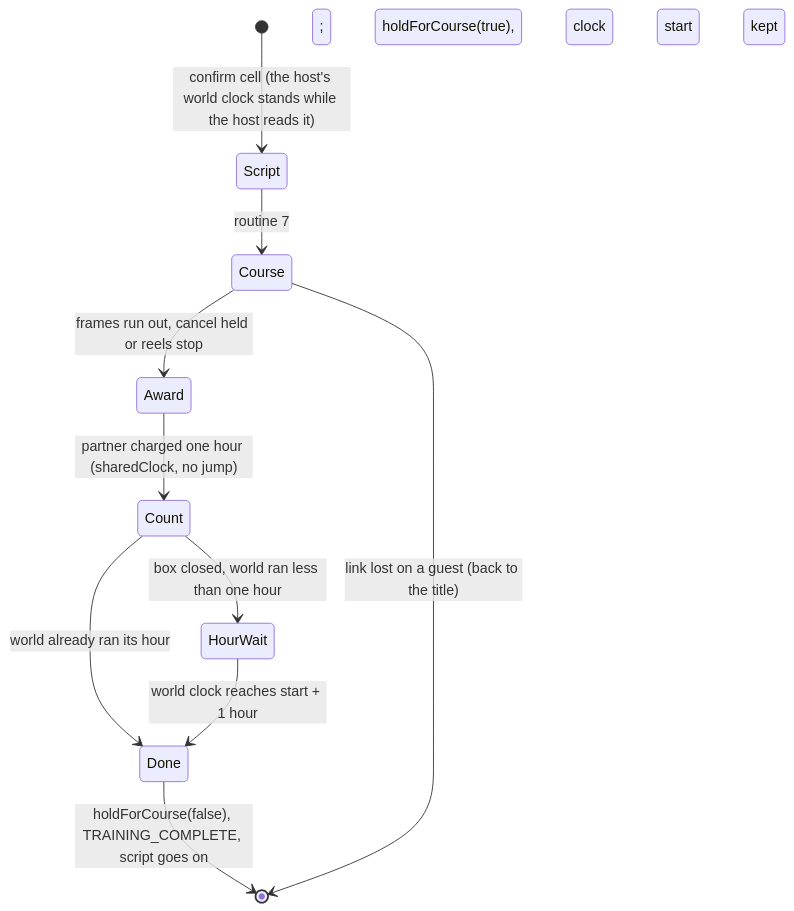
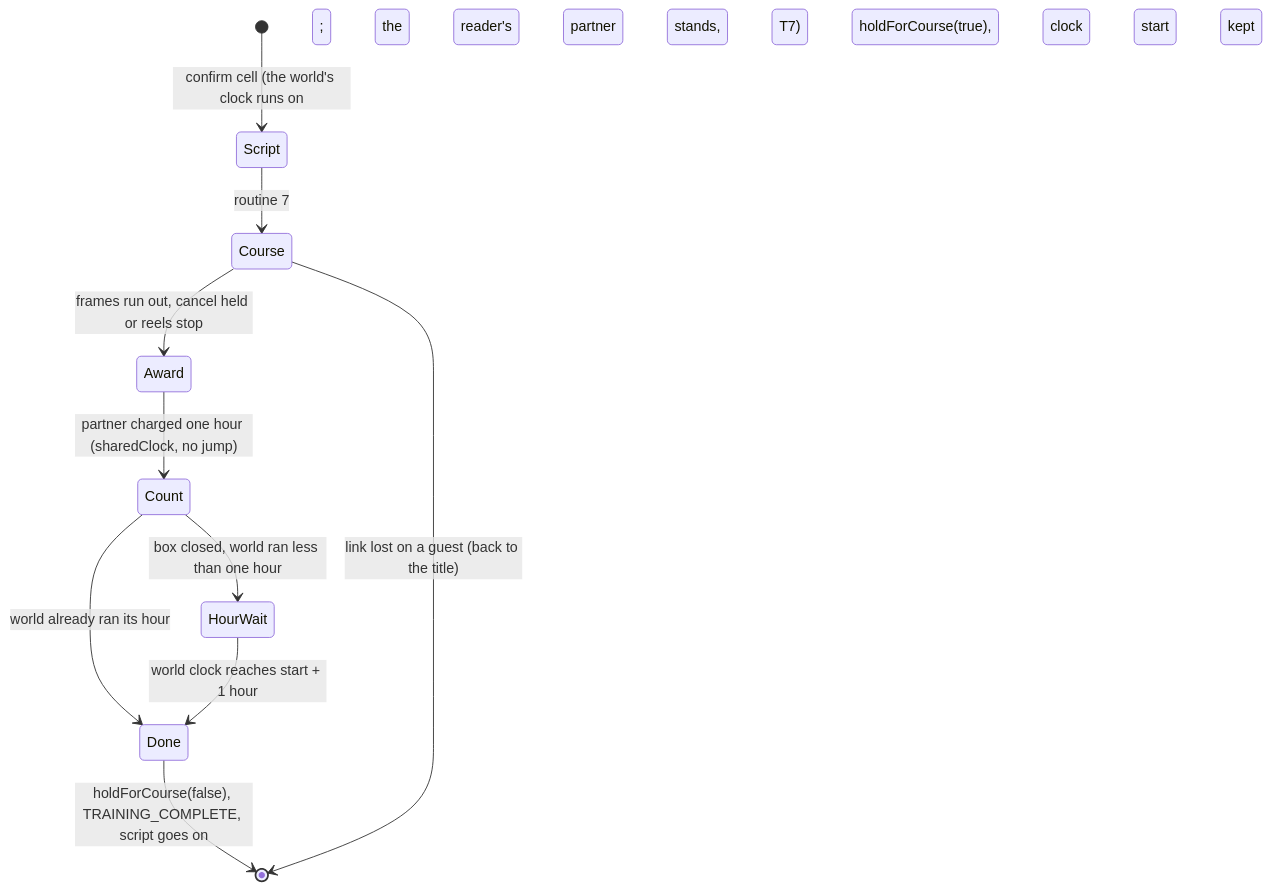
The second of 2 diagrams in docs/architecture/coop-training.md (Indie-Modding-Games/dw-engine), drawn with Mermaid before and after one commit. The commit also changed other lines of this file and 3 other files, not shown here.

````diff
--- a/docs/architecture/coop-training.md
+++ b/docs/architecture/coop-training.md
@@ -149,12 +149,12 @@
 ```mermaid
 stateDiagram-v2
-  [*] --> Script: confirm cell (the host's world clock stands while the host reads it)
+  [*] --> Script: confirm cell (the world's clock runs on; the reader's partner stands, T7)
   Script --> Course: routine 7; holdForCourse(true), clock start kept
   Course --> Award: frames run out, cancel held or reels stop
   Award --> Count: partner charged one hour (sharedClock, no jump)
   Count --> HourWait: box closed, world ran less than one hour
   Count --> Done: world already ran its hour
   HourWait --> Done: world clock reaches start + 1 hour
   Done --> [*]: holdForCourse(false), TRAINING_COMPLETE, script goes on
   Course --> [*]: link lost on a guest (back to the title)
 ```
````
